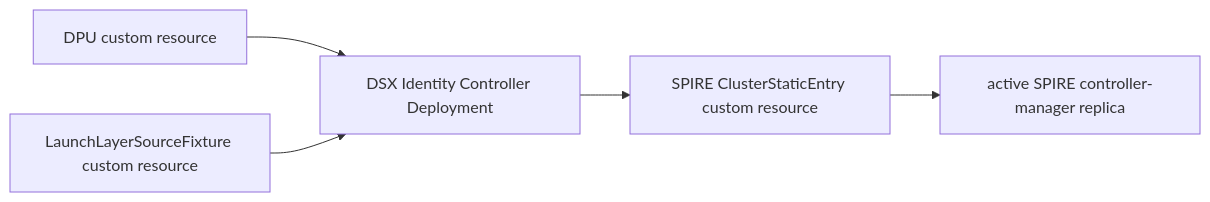
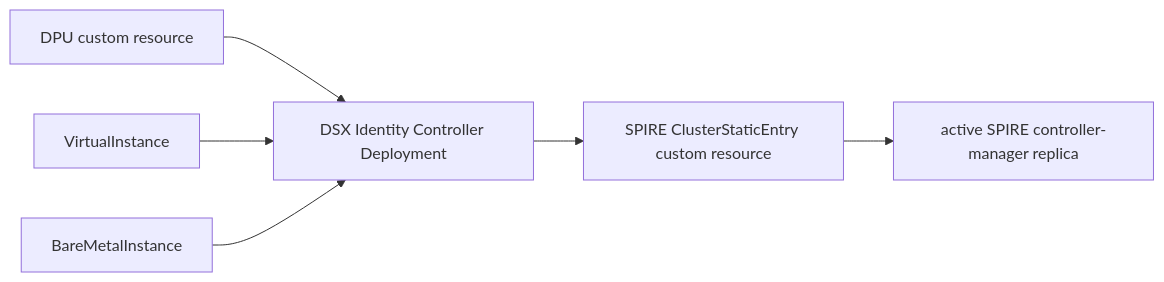
The diagram in cmd/dsx-identity-controller/README.md (dsx-ai-factory/nvidia-workload-identity), drawn with Mermaid before and after one commit. The commit also changed other lines of this file and 15 other files, not shown here.

Commit message:
feat(VMAAS-1586): reconcile Launch Layer identities

````diff
--- a/cmd/dsx-identity-controller/README.md
+++ b/cmd/dsx-identity-controller/README.md
@@ -30,7 +28,8 @@
 ```mermaid
 flowchart LR
     DPU["DPU custom resource"] --> Controller["DSX Identity Controller Deployment"]
-    Launch["LaunchLayerSourceFixture custom resource"] --> Controller
+    VI["VirtualInstance"] --> Controller
+    BMI["BareMetalInstance"] --> Controller
     Controller --> Entry["SPIRE ClusterStaticEntry custom resource"]
     Entry --> Manager["active SPIRE controller-manager replica"]
 ```
````
